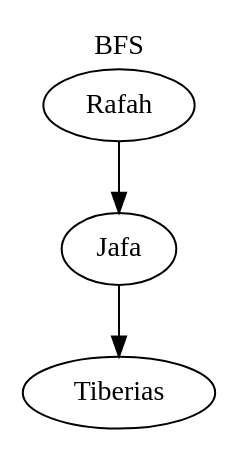
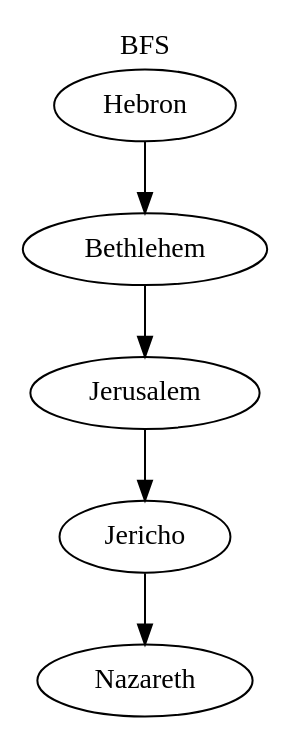
The diagram in BFS.dot (lutfiqasim/AStar-AI-Project), drawn with Graphviz before and after one commit. The commit also changed 5 other files, not shown here.

```diff
--- a/BFS.dot
+++ b/BFS.dot
@@ -1,7 +1,11 @@
-Digraph G {"Rafah" -> "Jafa"
+Digraph G {"Hebron" -> "Bethlehem"
 
-"Jafa" -> "Tiberias"
+"Bethlehem" -> "Jerusalem"
+
+"Jerusalem" -> "Jericho"
+
+"Jericho" -> "Nazareth"
 
 
 labelloc="t"
 label="BFS"}
```
